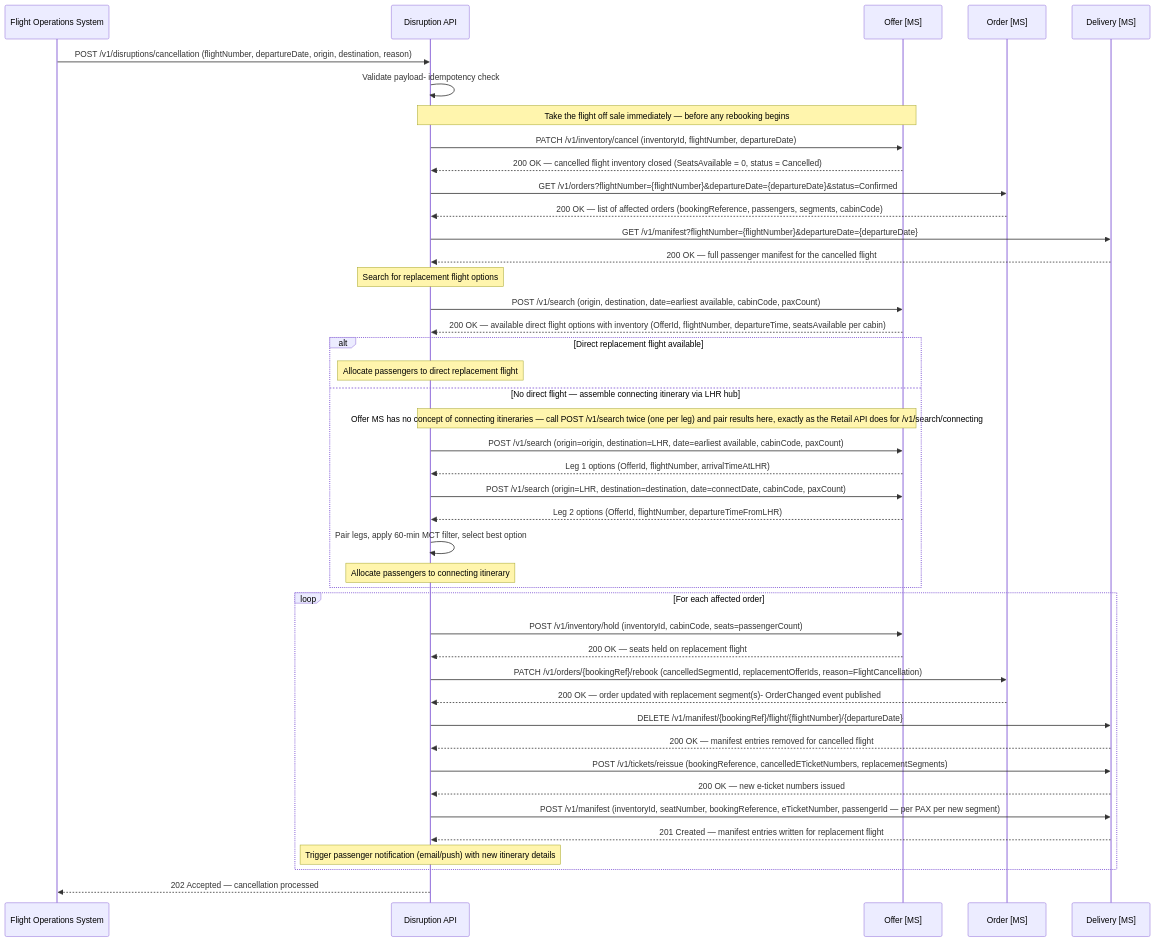
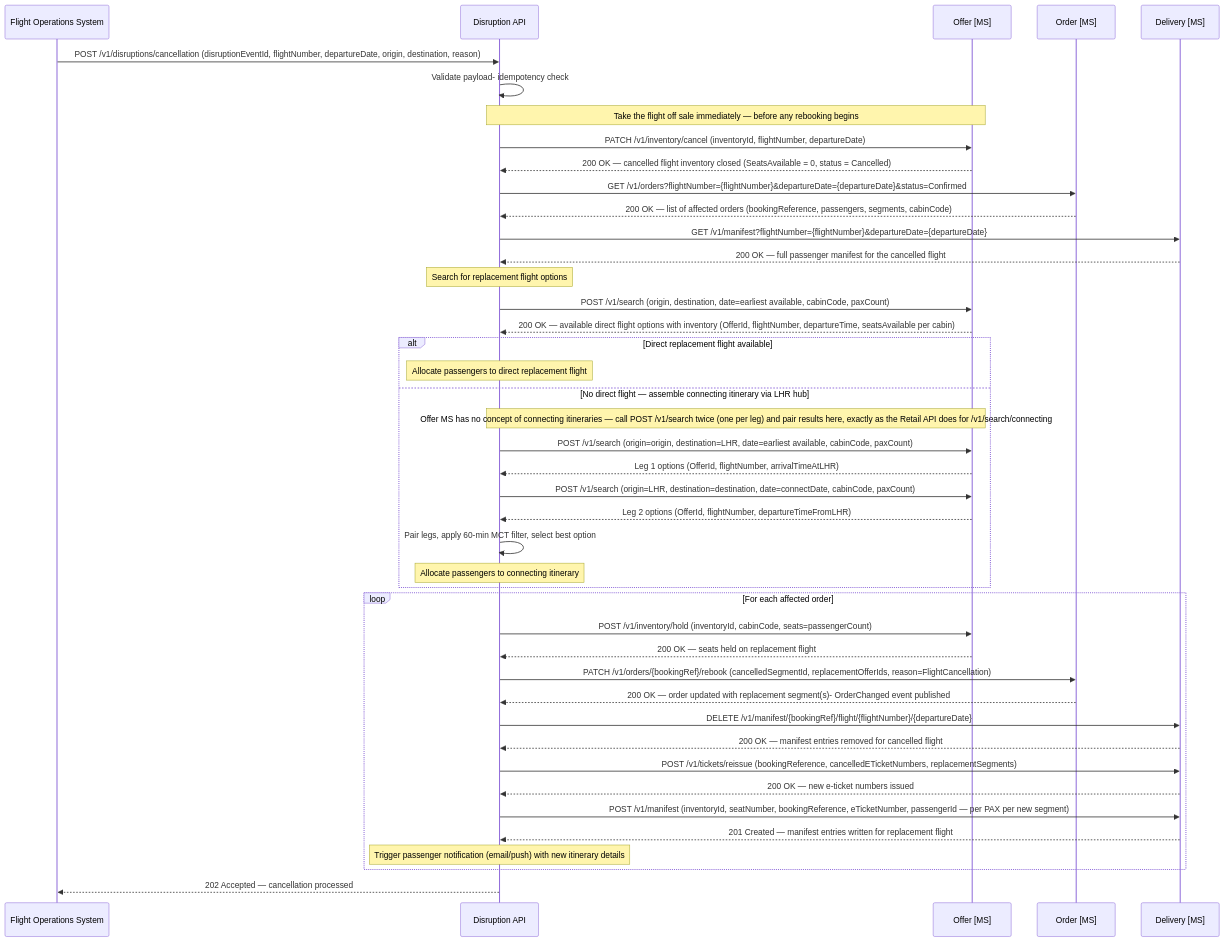
Before and after one commit to sebharvey/airline-reservation-system: diagram 13 of 27 in documentation/design.md, drawn with Mermaid. The commit also changed other lines of this file, not shown here.

First line of the commit message:
Review and fix PSS architecture design document

````diff
--- a/documentation/design.md
+++ b/documentation/design.md
@@ -1825,59 +1844,59 @@
 ```mermaid
 sequenceDiagram
     participant FOS as Flight Operations System
     participant DisruptionAPI as Disruption API
     participant OfferMS as Offer [MS]
     participant OrderMS as Order [MS]
     participant DeliveryMS as Delivery [MS]
 
-    FOS->>DisruptionAPI: POST /v1/disruptions/cancellation (flightNumber, departureDate, origin, destination, reason)
+    FOS->>DisruptionAPI: POST /v1/disruptions/cancellation (disruptionEventId, flightNumber, departureDate, origin, destination, reason)
     DisruptionAPI->>DisruptionAPI: Validate payload- idempotency check
 
     Note over DisruptionAPI,OfferMS: Take the flight off sale immediately — before any rebooking begins
     DisruptionAPI->>OfferMS: PATCH /v1/inventory/cancel (inventoryId, flightNumber, departureDate)
     OfferMS-->>DisruptionAPI: 200 OK — cancelled flight inventory closed (SeatsAvailable = 0, status = Cancelled)
 
     DisruptionAPI->>OrderMS: GET /v1/orders?flightNumber={flightNumber}&departureDate={departureDate}&status=Confirmed
     OrderMS-->>DisruptionAPI: 200 OK — list of affected orders (bookingReference, passengers, segments, cabinCode)
 
     DisruptionAPI->>DeliveryMS: GET /v1/manifest?flightNumber={flightNumber}&departureDate={departureDate}
     DeliveryMS-->>DisruptionAPI: 200 OK — full passenger manifest for the cancelled flight
 
     Note over DisruptionAPI: Search for replacement flight options
 
     DisruptionAPI->>OfferMS: POST /v1/search (origin, destination, date=earliest available, cabinCode, paxCount)
     OfferMS-->>DisruptionAPI: 200 OK — available direct flight options with inventory (OfferId, flightNumber, departureTime, seatsAvailable per cabin)
 
     alt Direct replacement flight available
         Note over DisruptionAPI: Allocate passengers to direct replacement flight
     else No direct flight — assemble connecting itinerary via LHR hub
         Note over DisruptionAPI,OfferMS: Offer MS has no concept of connecting itineraries — call POST /v1/search twice (one per leg) and pair results here, exactly as the Retail API does for /v1/search/connecting
         DisruptionAPI->>OfferMS: POST /v1/search (origin=origin, destination=LHR, date=earliest available, cabinCode, paxCount)
         OfferMS-->>DisruptionAPI: Leg 1 options (OfferId, flightNumber, arrivalTimeAtLHR)
         DisruptionAPI->>OfferMS: POST /v1/search (origin=LHR, destination=destination, date=connectDate, cabinCode, paxCount)
         OfferMS-->>DisruptionAPI: Leg 2 options (OfferId, flightNumber, departureTimeFromLHR)
         DisruptionAPI->>DisruptionAPI: Pair legs, apply 60-min MCT filter, select best option
         Note over DisruptionAPI: Allocate passengers to connecting itinerary
     end
 
     loop For each affected order
         DisruptionAPI->>OfferMS: POST /v1/inventory/hold (inventoryId, cabinCode, seats=passengerCount)
         OfferMS-->>DisruptionAPI: 200 OK — seats held on replacement flight
 
         DisruptionAPI->>OrderMS: PATCH /v1/orders/{bookingRef}/rebook (cancelledSegmentId, replacementOfferIds, reason=FlightCancellation)
         OrderMS-->>DisruptionAPI: 200 OK — order updated with replacement segment(s)- OrderChanged event published
 
         DisruptionAPI->>DeliveryMS: DELETE /v1/manifest/{bookingRef}/flight/{flightNumber}/{departureDate}
         DeliveryMS-->>DisruptionAPI: 200 OK — manifest entries removed for cancelled flight
 
         DisruptionAPI->>DeliveryMS: POST /v1/tickets/reissue (bookingReference, cancelledETicketNumbers, replacementSegments)
         DeliveryMS-->>DisruptionAPI: 200 OK — new e-ticket numbers issued
 
         DisruptionAPI->>DeliveryMS: POST /v1/manifest (inventoryId, seatNumber, bookingReference, eTicketNumber, passengerId — per PAX per new segment)
         DeliveryMS-->>DisruptionAPI: 201 Created — manifest entries written for replacement flight
 
         Note over DisruptionAPI: Trigger passenger notification (email/push) with new itinerary details
     end
 
     DisruptionAPI-->>FOS: 202 Accepted — cancellation processed
 ```
````
